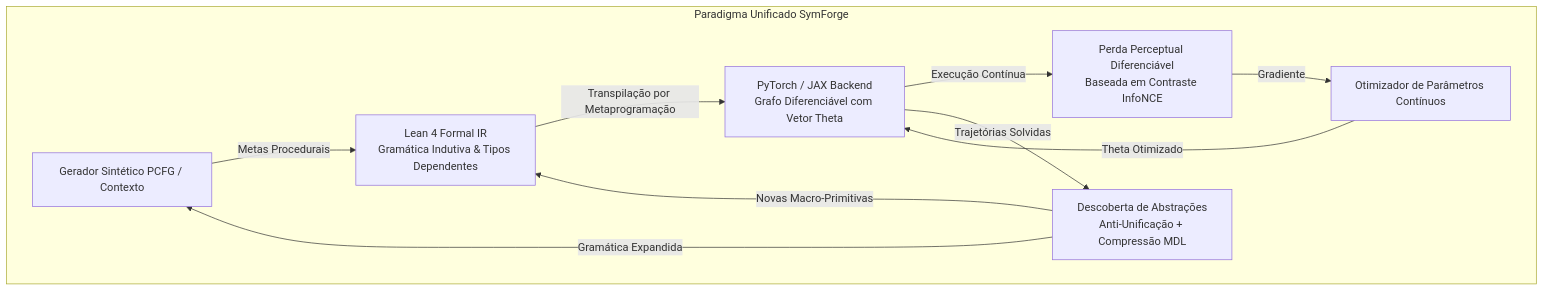
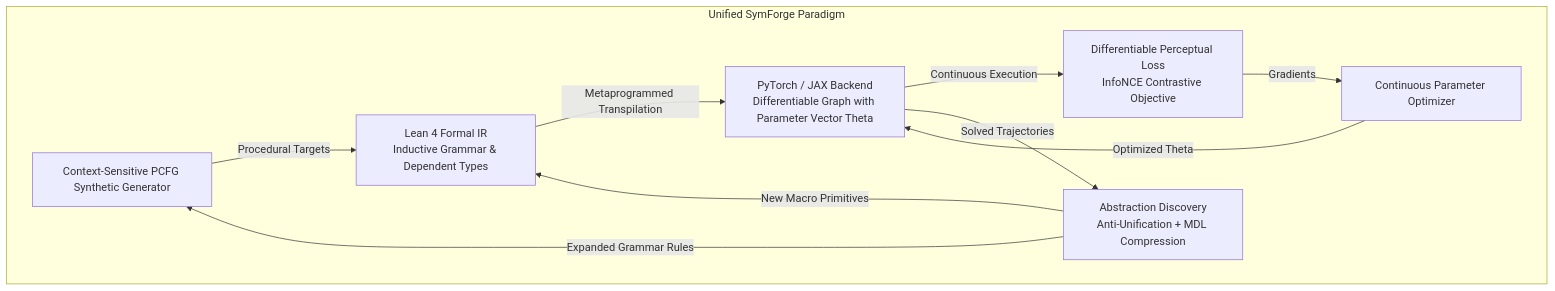
Before and after one commit to racoci/symforge: the first of 4 diagrams in README.md, drawn with Mermaid. The commit also changed other lines of this file and 12 other files, not shown here.

Commit message:
docs: translate README and complete architecture documentation to English

````diff
--- a/README.md
+++ b/README.md
@@ -35,13 +36,13 @@
 ```mermaid
 graph TD
-    subgraph CoreParadigm [Paradigma Unificado SymForge]
-        PCFG[Gerador Sintético PCFG / Contexto] -->|Metas Procedurais| LEAN[Lean 4 Formal IR<br/>Gramática Indutiva & Tipos Dependentes]
-        LEAN -->|Transpilação por Metaprogramação| PYTORCH[PyTorch / JAX Backend<br/>Grafo Diferenciável com Vetor Theta]
-        PYTORCH -->|Execução Contínua| LOSS[Perda Perceptual Diferenciável<br/>Baseada em Contraste InfoNCE]
-        LOSS -->|Gradiente| OPT[Otimizador de Parâmetros Contínuos]
-        OPT -->|Theta Otimizado| PYTORCH
-        PYTORCH -->|Trajetórias Solvidas| ABD[Descoberta de Abstrações<br/>Anti-Unificação + Compressão MDL]
-        ABD -->|Novas Macro-Primitivas| LEAN
-        ABD -->|Gramática Expandida| PCFG
+    subgraph CoreParadigm [Unified SymForge Paradigm]
+        PCFG[Context-Sensitive PCFG Synthetic Generator] -->|Procedural Targets| LEAN[Lean 4 Formal IR<br/>Inductive Grammar & Dependent Types]
+        LEAN -->|Metaprogrammed Transpilation| PYTORCH[PyTorch / JAX Backend<br/>Differentiable Graph with Parameter Vector Theta]
+        PYTORCH -->|Continuous Execution| LOSS[Differentiable Perceptual Loss<br/>InfoNCE Contrastive Objective]
+        LOSS -->|Gradients| OPT[Continuous Parameter Optimizer]
+        OPT -->|Optimized Theta| PYTORCH
+        PYTORCH -->|Solved Trajectories| ABD[Abstraction Discovery<br/>Anti-Unification + MDL Compression]
+        ABD -->|New Macro Primitives| LEAN
+        ABD -->|Expanded Grammar Rules| PCFG
     end
 ```
````
